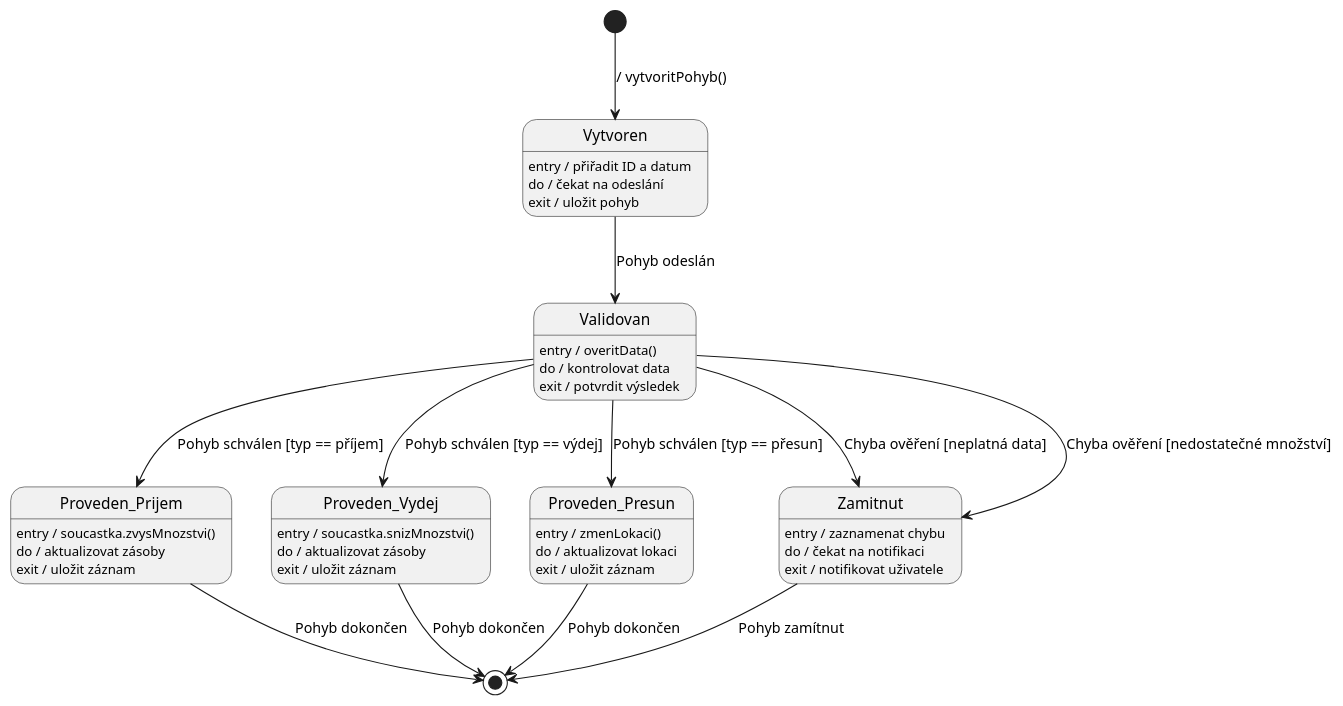
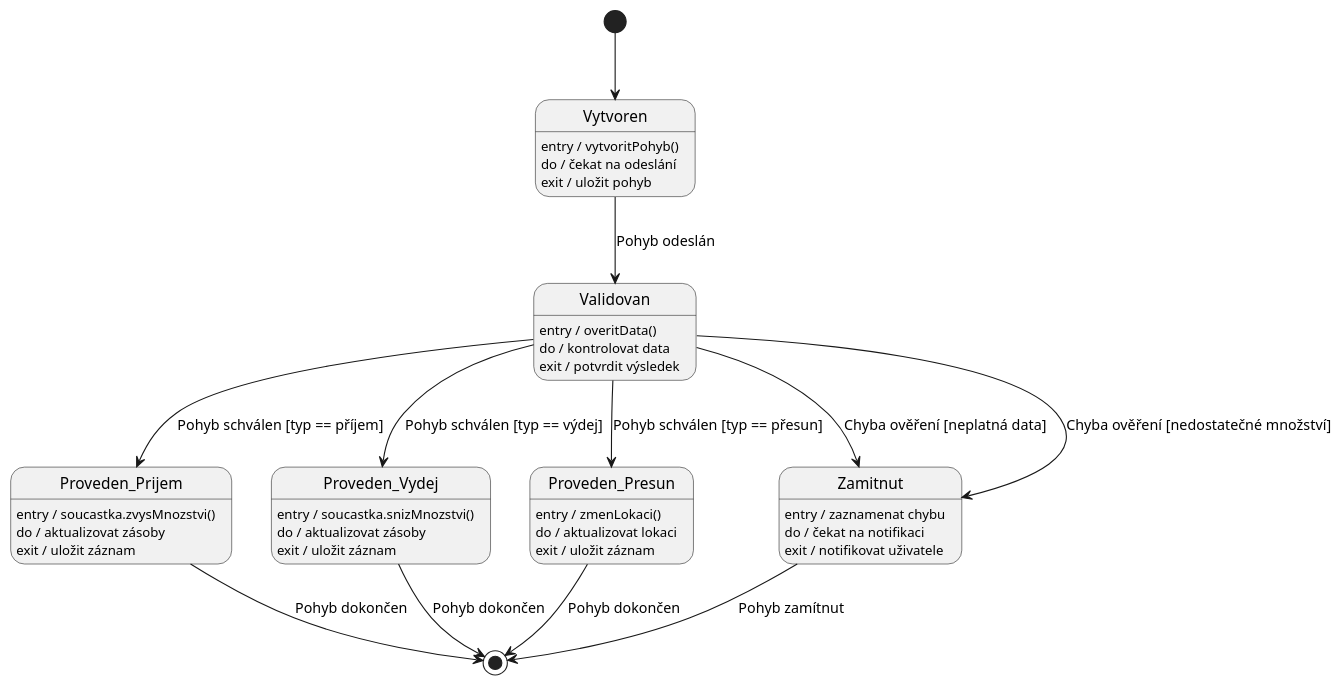
The diagram in diagrams/09_state_pohyb_skladu.puml (lkvapil/kOdevzdaniProjektWMS), drawn with PlantUML before and after one commit. The commit also changed 3 other files, not shown here.

Commit message:
Oprava konzistence – sekvenční, stavové diagramy 09+10

```diff
--- a/diagrams/09_state_pohyb_skladu.puml
+++ b/diagrams/09_state_pohyb_skladu.puml
@@ -1,41 +1,41 @@
 @startuml
 top to bottom direction
 
-[*] --> Vytvoren : / vytvoritPohyb()
+[*] --> Vytvoren
 
-Vytvoren : entry / přiřadit ID a datum
+Vytvoren : entry / vytvoritPohyb()
 Vytvoren : do / čekat na odeslání
 Vytvoren : exit / uložit pohyb
 Vytvoren --> Validovan : Pohyb odeslán
 
 Validovan : entry / overitData()
 Validovan : do / kontrolovat data
 Validovan : exit / potvrdit výsledek
 Validovan --> Proveden_Prijem : Pohyb schválen [typ == příjem]
 Validovan --> Proveden_Vydej  : Pohyb schválen [typ == výdej]
 Validovan --> Proveden_Presun : Pohyb schválen [typ == přesun]
 Validovan --> Zamitnut        : Chyba ověření [neplatná data]
 Validovan --> Zamitnut        : Chyba ověření [nedostatečné množství]
 
 Zamitnut : entry / zaznamenat chybu
 Zamitnut : do / čekat na notifikaci
 Zamitnut : exit / notifikovat uživatele
 
 Proveden_Prijem : entry / soucastka.zvysMnozstvi()
 Proveden_Prijem : do / aktualizovat zásoby
 Proveden_Prijem : exit / uložit záznam
 
 Proveden_Vydej : entry / soucastka.snizMnozstvi()
 Proveden_Vydej : do / aktualizovat zásoby
 Proveden_Vydej : exit / uložit záznam
 
 Proveden_Presun : entry / zmenLokaci()
 Proveden_Presun : do / aktualizovat lokaci
 Proveden_Presun : exit / uložit záznam
 
 Proveden_Prijem --> [*] : Pohyb dokončen
 Proveden_Vydej  --> [*] : Pohyb dokončen
 Proveden_Presun --> [*] : Pohyb dokončen
 Zamitnut        --> [*] : Pohyb zamítnut
 
 @enduml
```
